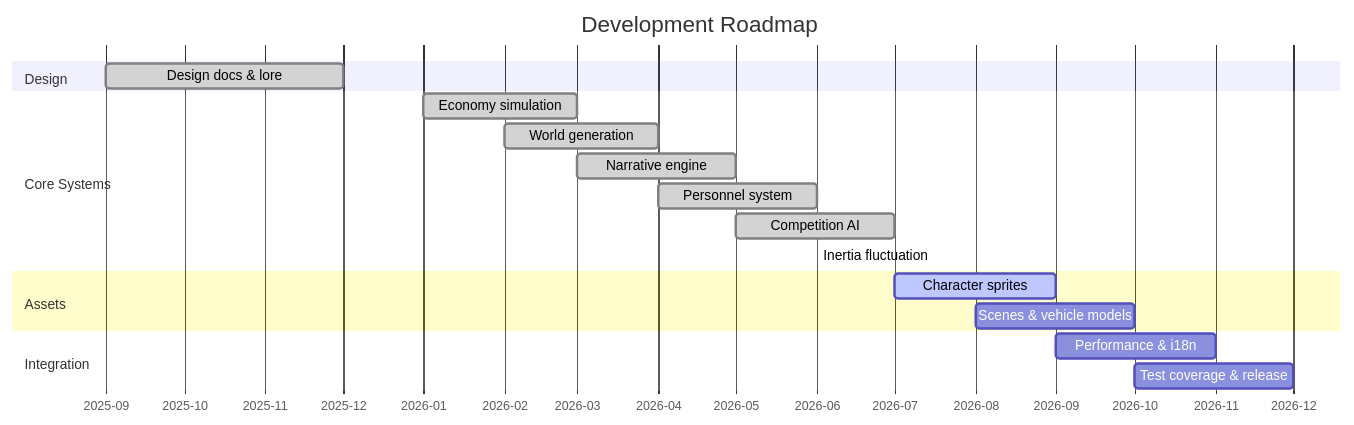
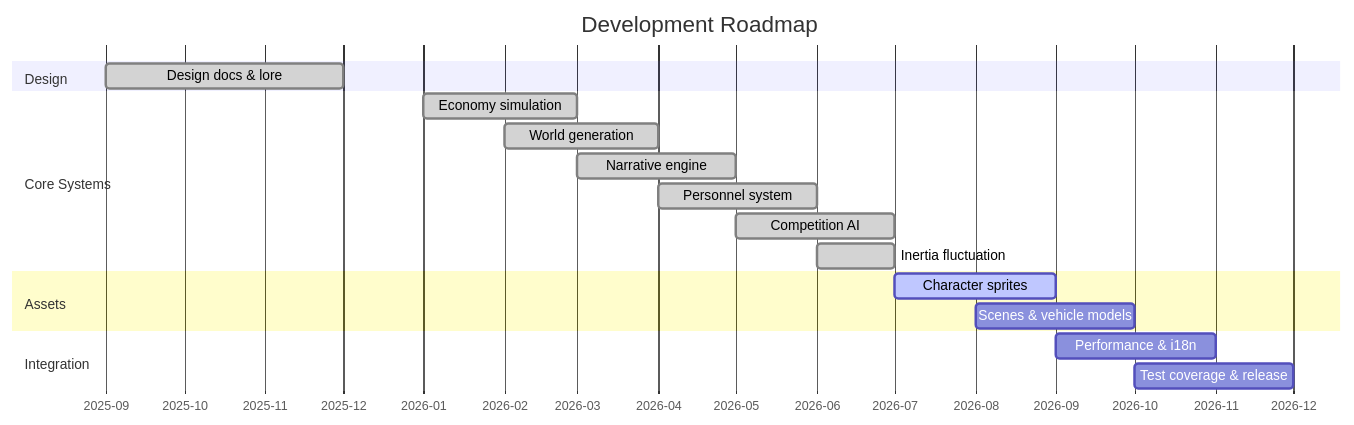
The seventh of 8 diagrams in README.md (NMDX0721/RailwayRenaissance), drawn with Mermaid before and after one commit. The commit also changed 1 other file, not shown here.

Commit message:
docs: revert gantt date format to YYYY-MM for consistent background rendering

````diff
--- a/README.md
+++ b/README.md
@@ -618,21 +618,21 @@
 ```mermaid
 gantt
     title Development Roadmap
     dateFormat  YYYY-MM
     axisFormat  %Y-%m
     section Design
     Design docs & lore       :done, 2025-09, 2025-12
     section Core Systems
     Economy simulation       :done, 2026-01, 2026-03
     World generation         :done, 2026-02, 2026-04
     Narrative engine         :done, 2026-03, 2026-05
     Personnel system         :done, 2026-04, 2026-06
     Competition AI           :done, 2026-05, 2026-07
-    Inertia fluctuation     :done, 2026-06-01, 2026-07-01
+    Inertia fluctuation     :done, 2026-06, 2026-07
     section Assets
     Character sprites        :active, 2026-07, 2026-09
     Scenes & vehicle models  :2026-08, 2026-10
     section Integration
     Performance & i18n       :2026-09, 2026-11
     Test coverage & release  :2026-10, 2026-12
 ```
````
